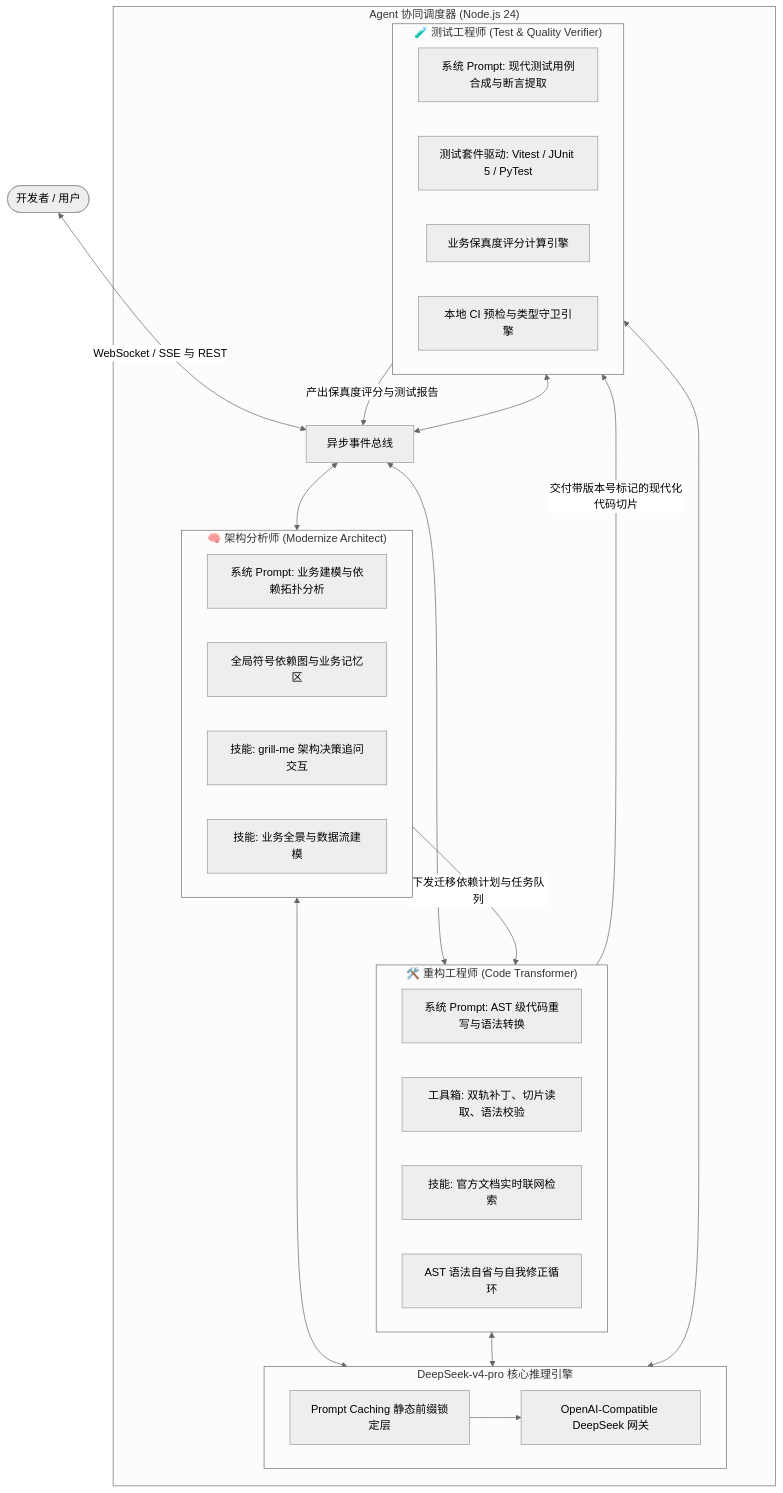
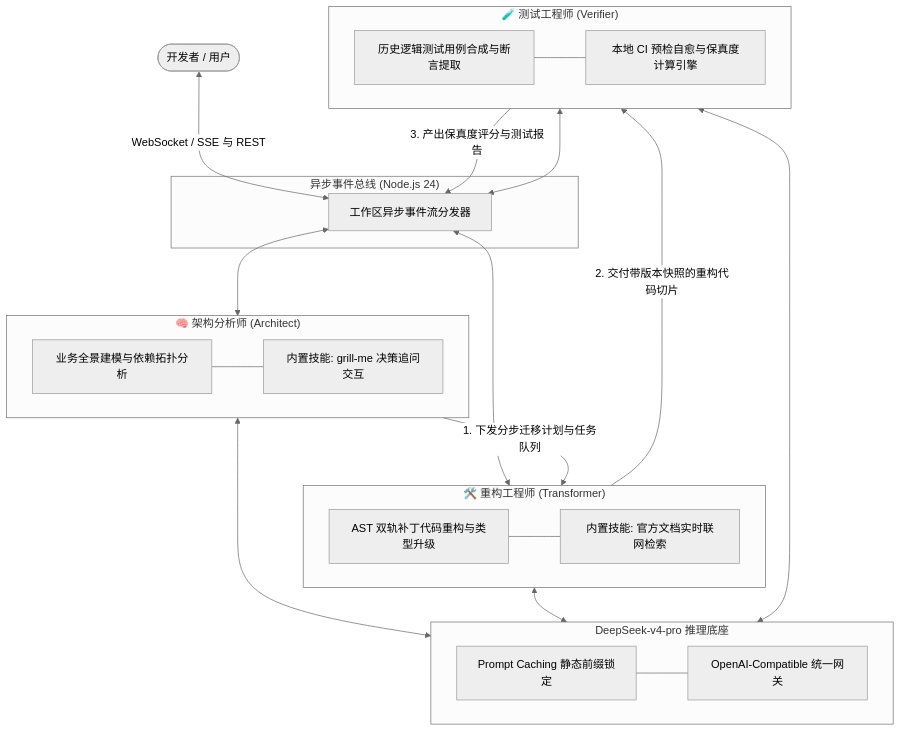
Before and after one commit to SakuraCianna/LegacyCodeModernizer: the first of 3 diagrams in docs/zh/agent-orchestration.md, drawn with Mermaid (neutral theme). The commit also changed 7 other files, not shown here.

Commit message:
docs: 扁平化重构全量 Mermaid 图表，修复 Typora 嵌套报错与高清晰度垂直排版

````diff
--- a/docs/zh/agent-orchestration.md
+++ b/docs/zh/agent-orchestration.md
@@ -13,48 +13,45 @@
 ```mermaid
-graph TD
+flowchart TD
     User(["开发者 / 用户"])
 
-    subgraph Orchestration ["Agent 协同调度器 (Node.js 24)"]
-        EventBus["异步事件总线"]
+    subgraph BusLayer ["异步事件总线 (Node.js 24)"]
+        EventBus["工作区异步事件流分发器"]
+    end
 
-        subgraph ArchAgent ["🧠 架构分析师 (Modernize Architect)"]
-            A_Prompt["系统 Prompt: 业务建模与依赖拓扑分析"]
-            A_Memory["全局符号依赖图与业务记忆区"]
-            A_Skill1["技能: grill-me 架构决策追问交互"]
-            A_Skill2["技能: 业务全景与数据流建模"]
-        end
+    subgraph ArchAgent ["🧠 架构分析师 (Architect)"]
+        A_Prompt["业务全景建模与依赖拓扑分析"]
+        A_Skill["内置技能: grill-me 决策追问交互"]
+        A_Prompt --- A_Skill
+    end
 
-        subgraph TransAgent ["🛠️ 重构工程师 (Code Transformer)"]
-            T_Prompt["系统 Prompt: AST 级代码重写与语法转换"]
-            T_Tools["工具箱: 双轨补丁、切片读取、语法校验"]
-            T_Skill3["技能: 官方文档实时联网检索"]
-            T_Reflection["AST 语法自省与自我修正循环"]
-        end
+    subgraph TransAgent ["🛠️ 重构工程师 (Transformer)"]
+        T_Prompt["AST 双轨补丁代码重构与类型升级"]
+        T_Skill["内置技能: 官方文档实时联网检索"]
+        T_Prompt --- T_Skill
+    end
 
-        subgraph TestAgent ["🧪 测试工程师 (Test & Quality Verifier)"]
-            Q_Prompt["系统 Prompt: 现代测试用例合成与断言提取"]
-            Q_Harness["测试套件驱动: Vitest / JUnit 5 / PyTest"]
-            Q_Scorer["业务保真度评分计算引擎"]
-            Q_CIDryRun["本地 CI 预检与类型守卫引擎"]
-        end
+    subgraph TestAgent ["🧪 测试工程师 (Verifier)"]
+        Q_Prompt["历史逻辑测试用例合成与断言提取"]
+        Q_Harness["本地 CI 预检自愈与保真度计算引擎"]
+        Q_Prompt --- Q_Harness
+    end
 
-        subgraph LLM_Engine ["DeepSeek-v4-pro 核心推理引擎"]
-            Cache["Prompt Caching 静态前缀锁定层"]
-            Client["OpenAI-Compatible DeepSeek 网关"]
-            Cache --> Client
-        end
+    subgraph LLM_Engine ["DeepSeek-v4-pro 推理底座"]
+        Cache["Prompt Caching 静态前缀锁定"]
+        Gateway["OpenAI-Compatible 统一网关"]
+        Cache --- Gateway
     end
 
     User <-->|WebSocket / SSE 与 REST| EventBus
     EventBus <--> ArchAgent
     EventBus <--> TransAgent
     EventBus <--> TestAgent
 
-    ArchAgent -->|下发迁移依赖计划与任务队列| TransAgent
-    TransAgent -->|交付带版本号标记的现代化代码切片| TestAgent
-    TestAgent -->|产出保真度评分与测试报告| EventBus
+    ArchAgent -->|1. 下发分步迁移计划与任务队列| TransAgent
+    TransAgent -->|2. 交付带版本快照的重构代码切片| TestAgent
+    TestAgent -->|3. 产出保真度评分与测试报告| EventBus
 
     ArchAgent <--> LLM_Engine
     TransAgent <--> LLM_Engine
     TestAgent <--> LLM_Engine
 ```
````
